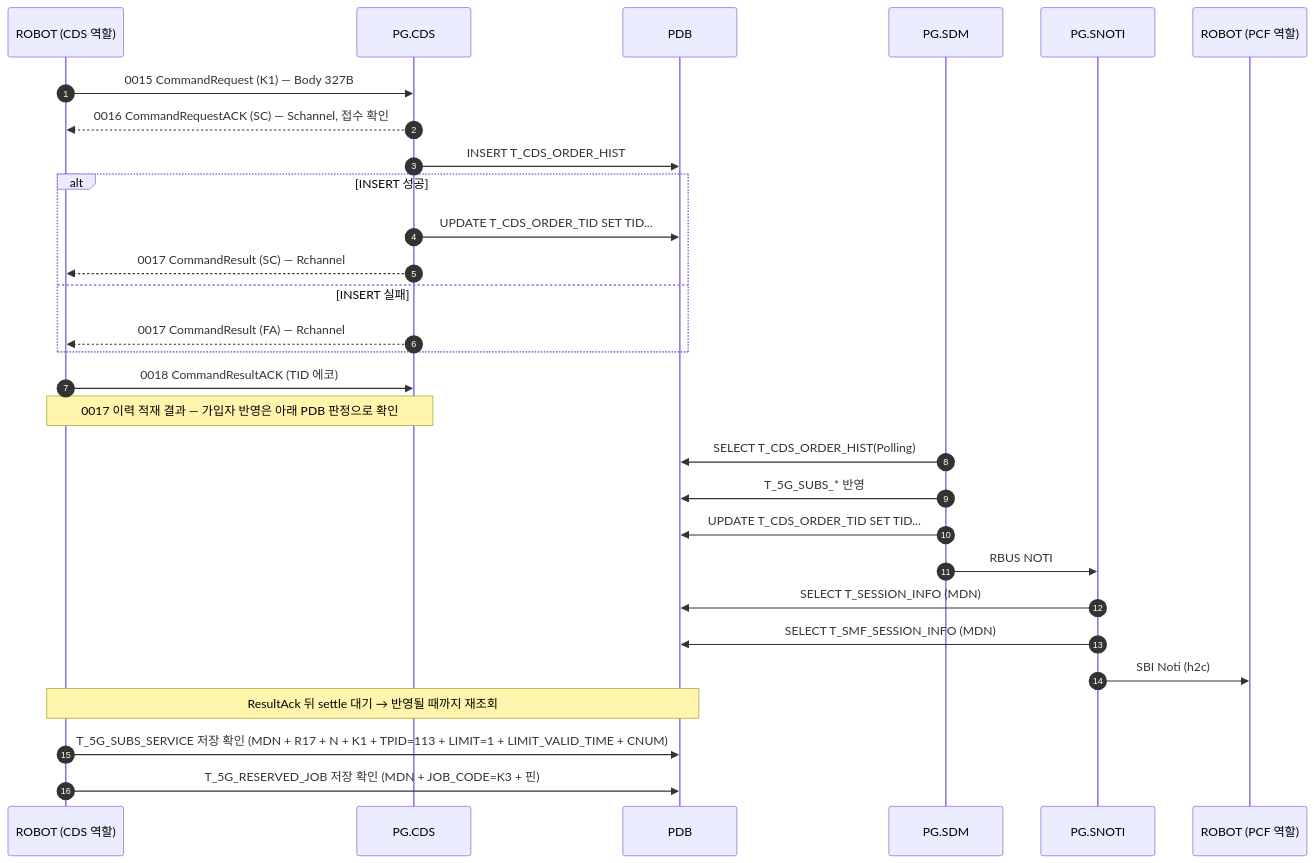
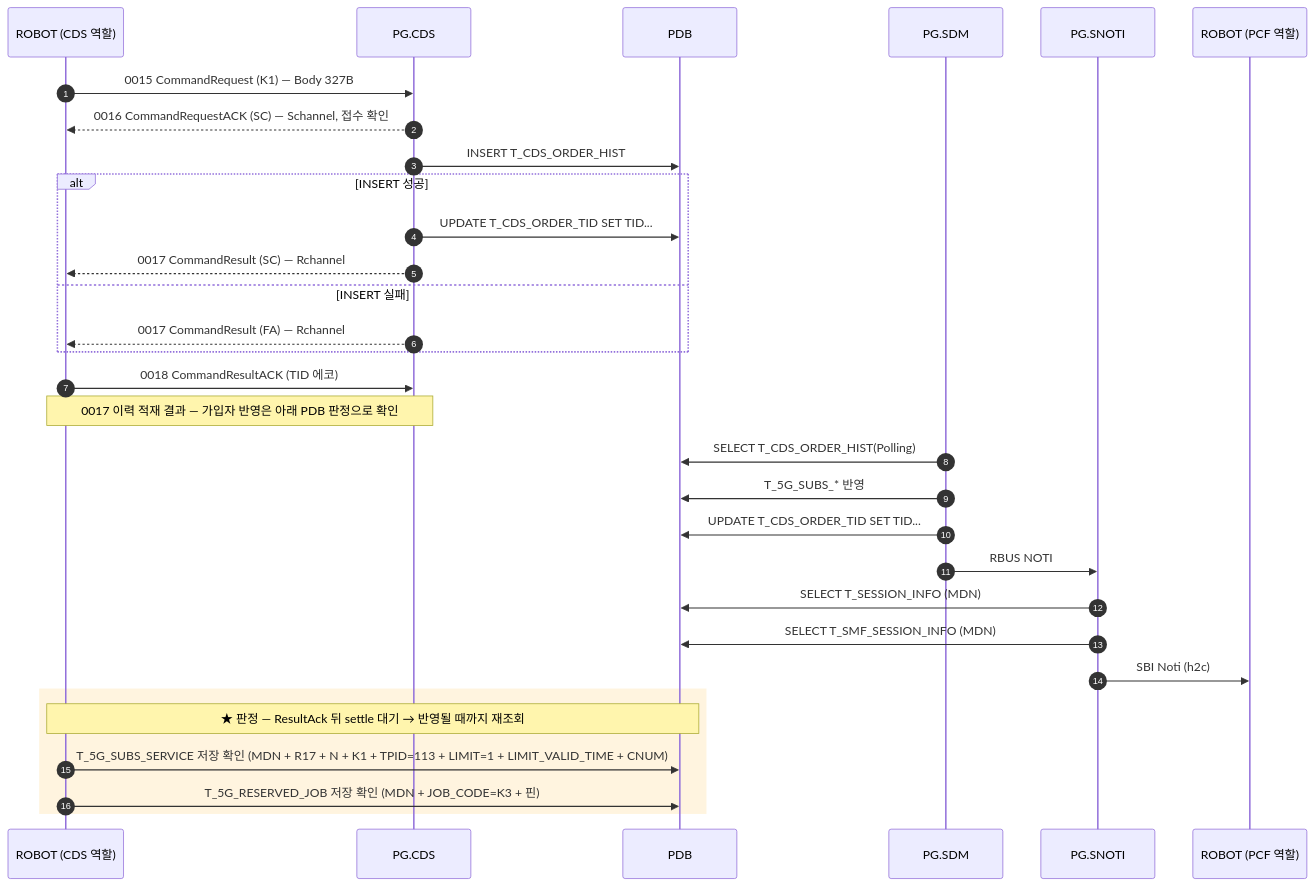
Before and after one commit to IanKim2030/tc4robot: the diagram in docs/callflow/CDS_K1.md, drawn with Mermaid. The commit also changed 19 other files, not shown here.

````diff
--- a/docs/callflow/CDS_K1.md
+++ b/docs/callflow/CDS_K1.md
@@ -17,33 +17,35 @@
 ```mermaid
 sequenceDiagram
     autonumber
     participant TOOL as ROBOT (CDS 역할)
     participant PCDS as PG.CDS
     participant PDB as PDB
     participant SDM as PG.SDM
     participant SNOTI as PG.SNOTI
     participant PCF as ROBOT (PCF 역할)
 
     TOOL->>PCDS: 0015 CommandRequest (K1) — Body 327B
     PCDS-->>TOOL: 0016 CommandRequestACK (SC) — Schannel, 접수 확인
     PCDS->>PDB: INSERT T_CDS_ORDER_HIST
     alt INSERT 성공
         PCDS->>PDB: UPDATE T_CDS_ORDER_TID SET TID...
         PCDS-->>TOOL: 0017 CommandResult (SC) — Rchannel
     else INSERT 실패
         PCDS-->>TOOL: 0017 CommandResult (FA) — Rchannel
     end
     TOOL->>PCDS: 0018 CommandResultACK (TID 에코)
     Note over TOOL,PCDS: 0017 이력 적재 결과 — 가입자 반영은 아래 PDB 판정으로 확인
 
     SDM->>PDB: SELECT T_CDS_ORDER_HIST(Polling)
     SDM->>PDB: T_5G_SUBS_* 반영
     SDM->>PDB: UPDATE T_CDS_ORDER_TID SET TID...
     SDM->>SNOTI: RBUS NOTI
     SNOTI->>PDB: SELECT T_SESSION_INFO (MDN)
     SNOTI->>PDB: SELECT T_SMF_SESSION_INFO (MDN)
     SNOTI->>PCF: SBI Noti (h2c)
-    Note over TOOL,PDB: ResultAck 뒤 settle 대기 → 반영될 때까지 재조회
-    TOOL->>PDB: T_5G_SUBS_SERVICE 저장 확인 (MDN + R17 + N + K1 + TPID=113 + LIMIT=1 + LIMIT_VALID_TIME + CNUM)
-    TOOL->>PDB: T_5G_RESERVED_JOB 저장 확인 (MDN + JOB_CODE=K3 + 핀)
+    rect rgba(255, 176, 32, 0.14)
+    Note over TOOL,PDB: ★ 판정 — ResultAck 뒤 settle 대기 → 반영될 때까지 재조회
+        TOOL->>PDB: T_5G_SUBS_SERVICE 저장 확인 (MDN + R17 + N + K1 + TPID=113 + LIMIT=1 + LIMIT_VALID_TIME + CNUM)
+        TOOL->>PDB: T_5G_RESERVED_JOB 저장 확인 (MDN + JOB_CODE=K3 + 핀)
+    end
 ```
````
